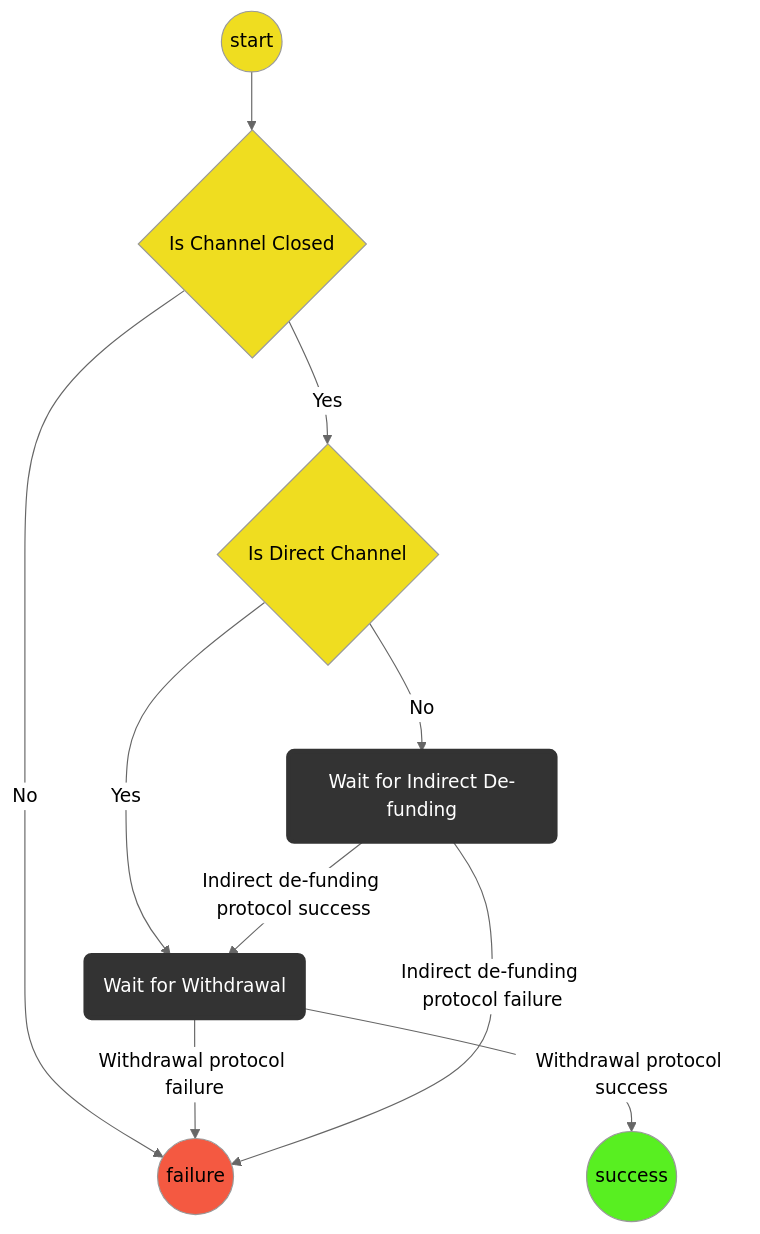
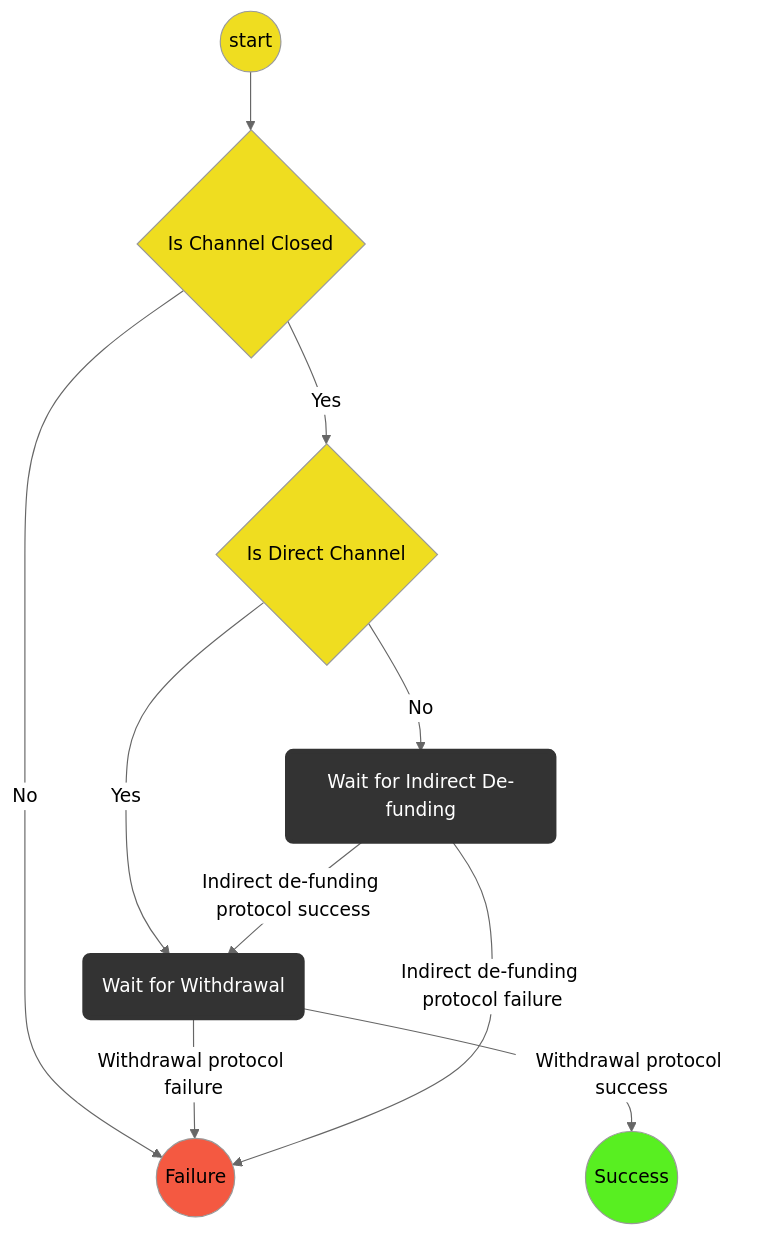
The diagram in packages/rps/packages/wallet/src/redux/protocols/defunding/readme.md (statechannels/statechannels), drawn with Mermaid (neutral theme) before and after one commit. The commit also changed 158 other files, not shown here.

````diff
--- a/packages/rps/packages/wallet/src/redux/protocols/defunding/readme.md
+++ b/packages/rps/packages/wallet/src/redux/protocols/defunding/readme.md
@@ -13,22 +13,22 @@
 ```mermaid
 graph TD
 linkStyle default interpolate basis
   S((start))-->ICC{Is Channel Closed}
   ICC-->|No|F((failure))
   ICC-->|Yes|ID{Is Direct Channel}
   ID-->|Yes|WP(Wait for Withdrawal)
   ID -->|No|LDP(Wait for Indirect De-funding)
   LDP-->|Indirect de-funding protocol success|WP(Wait for Withdrawal)
-  WP-->|Withdrawal protocol success|Su((success))
-  WP-->|Withdrawal protocol failure|F((failure))
-  LDP-->|Indirect de-funding protocol failure|F((failure))
+  WP-->|Withdrawal protocol success|Su((Success))
+  WP-->|Withdrawal protocol failure|F((Failure))
+  LDP-->|Indirect de-funding protocol failure|F
 
   classDef logic fill:#efdd20;
   classDef Success fill:#58ef21;
   classDef Failure fill:#f45941;
   classDef WaitForChildProtocol stroke:#333,stroke-width:4px,color:#ffff,fill:#333;
   class S,ICC,ID logic;
   class Su Success;
   class F Failure;
   class WP,LDP WaitForChildProtocol;
 ```
````
